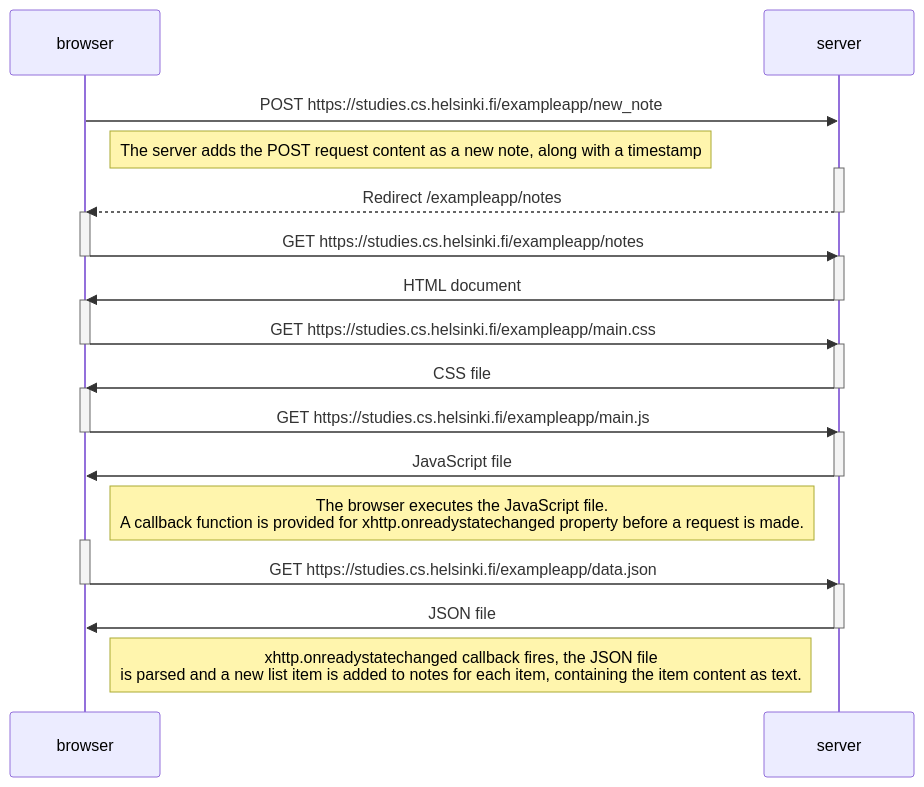
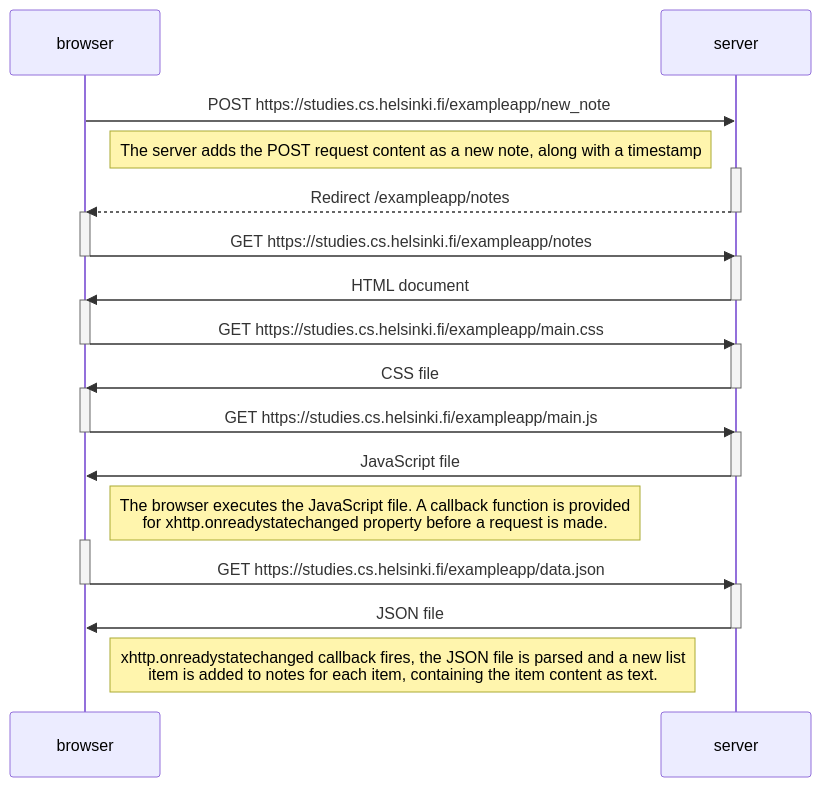
The first of 2 diagrams in osa0/README.md (Willowfang/FullStackOpen), drawn with Mermaid before and after one commit.

````diff
--- a/osa0/README.md
+++ b/osa0/README.md
@@ -3,48 +3,48 @@
 ```mermaid
 sequenceDiagram
     participant browser
     participant server
 
     browser->>server: POST https://studies.cs.helsinki.fi/exampleapp/new_note
     Note right of browser: The server adds the POST request content as a new note, along with a timestamp
 
     activate server
     server-->>browser: Redirect /exampleapp/notes
     deactivate server
 
     activate browser
     browser->>server: GET https://studies.cs.helsinki.fi/exampleapp/notes
     deactivate browser
 
     activate server
     server->>browser: HTML document
     deactivate server
 
     activate browser
     browser->>server: GET https://studies.cs.helsinki.fi/exampleapp/main.css
     deactivate browser
 
     activate server
     server->>browser: CSS file
     deactivate server
 
     activate browser
     browser->>server: GET https://studies.cs.helsinki.fi/exampleapp/main.js
     deactivate browser
 
     activate server
     server->>browser: JavaScript file
     deactivate server
 
-    Note right of browser: The browser executes the JavaScript file.<br/>A callback function is provided for xhttp.onreadystatechanged property before a request is made.
+    Note right of browser: The browser executes the JavaScript file. A callback function is provided<br/>for xhttp.onreadystatechanged property before a request is made.
 
     activate browser
     browser->>server: GET https://studies.cs.helsinki.fi/exampleapp/data.json
     deactivate browser
 
     activate server
     server->>browser: JSON file
     deactivate server
 
-    Note right of browser: xhttp.onreadystatechanged callback fires, the JSON file<br/>is parsed and a new list item is added to notes for each item, containing the item content as text.
+    Note right of browser: xhttp.onreadystatechanged callback fires, the JSON file is parsed and a new list<br/>item is added to notes for each item, containing the item content as text.
 ```
````
